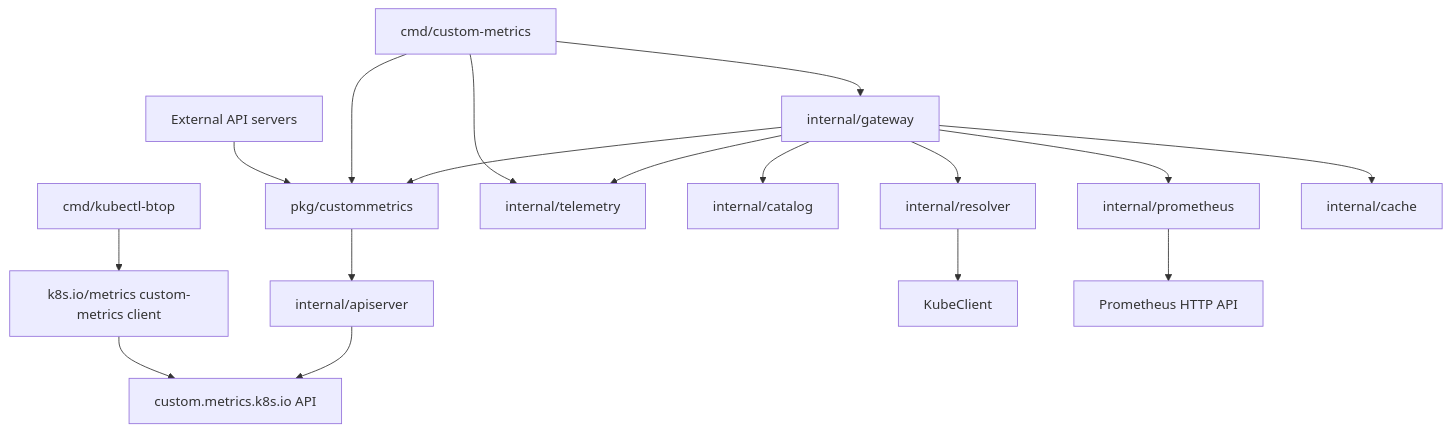
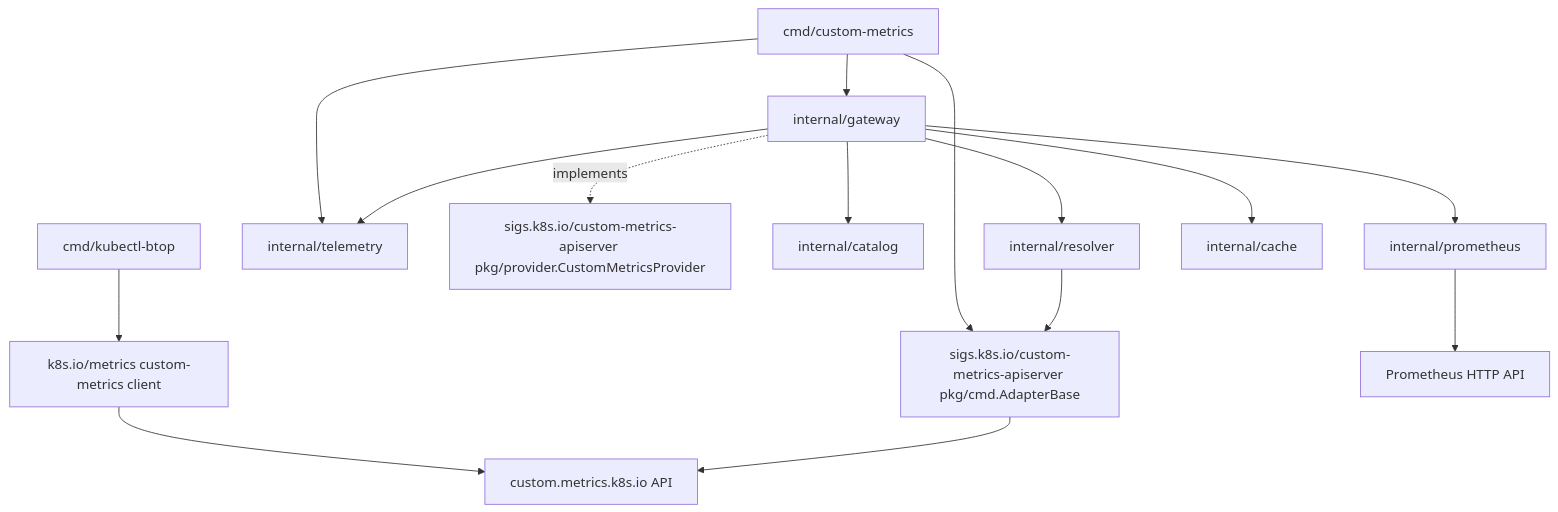
One commit to sergelogvinov/kubernetes-custom-metrics changed the diagram in docs/design.md. Above: the diagram before and after it, drawn with Mermaid. The commit also changed other lines of this file and 4 other files, not shown here.

````diff
--- a/docs/design.md
+++ b/docs/design.md
@@ -122,20 +102,18 @@
 ```mermaid
 flowchart TD
     btop[cmd/kubectl-btop] --> UpstreamClient[k8s.io/metrics custom-metrics client]
     UpstreamClient --> CustomAPI[custom.metrics.k8s.io API]
-    External[External API servers] --> PublicAPI[pkg/custommetrics]
-    PublicAPI --> APIServer[internal/apiserver]
 
-    ServerMain[cmd/custom-metrics] --> PublicAPI
+    ServerMain[cmd/custom-metrics] --> AdapterBase[sigs.k8s.io/custom-metrics-apiserver pkg/cmd.AdapterBase]
     ServerMain --> Gateway[internal/gateway]
-    APIServer --> CustomAPI
     ServerMain --> Telemetry[internal/telemetry]
-    Gateway --> PublicAPI
+    AdapterBase --> CustomAPI
+    Gateway -.implements.-> ProviderIface[sigs.k8s.io/custom-metrics-apiserver pkg/provider.CustomMetricsProvider]
     Gateway --> Telemetry
     Gateway --> Catalog[internal/catalog]
     Gateway --> Resolver[internal/resolver]
     Gateway --> Prom[internal/prometheus]
     Gateway --> Cache[internal/cache]
-    Resolver --> KubeClient
+    Resolver --> AdapterBase
     Prom --> Prometheus[Prometheus HTTP API]
 ```
````
